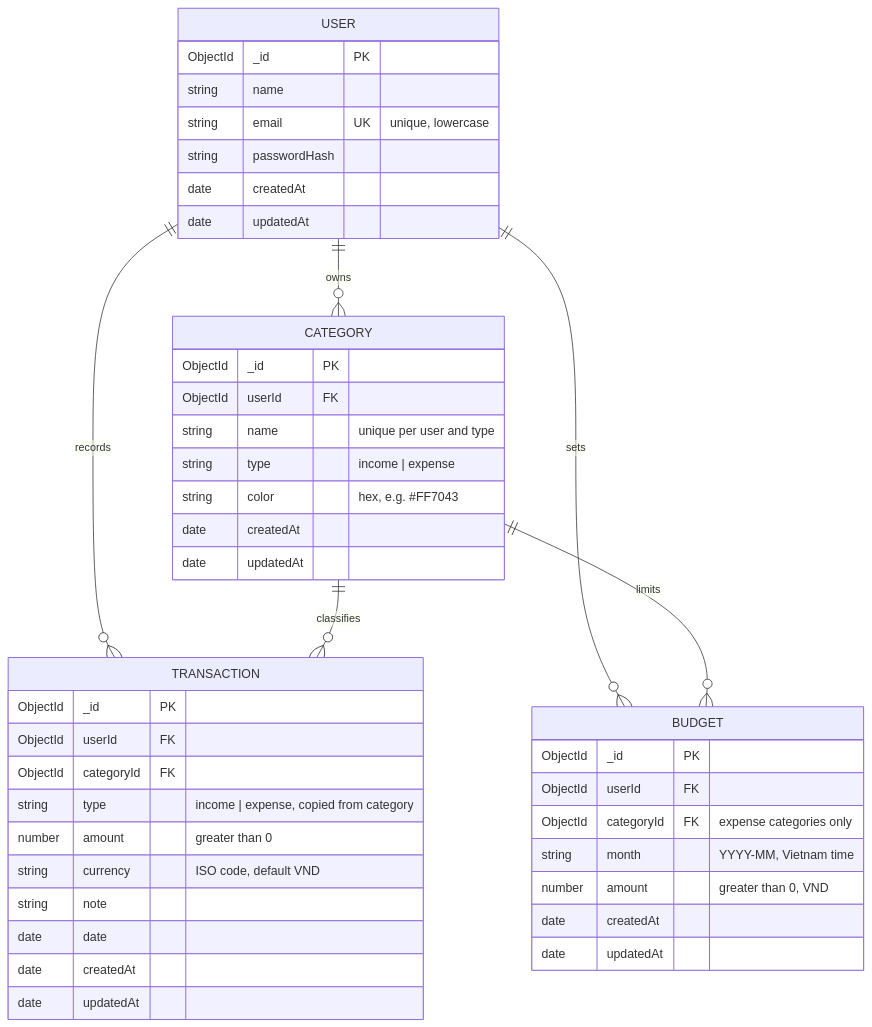
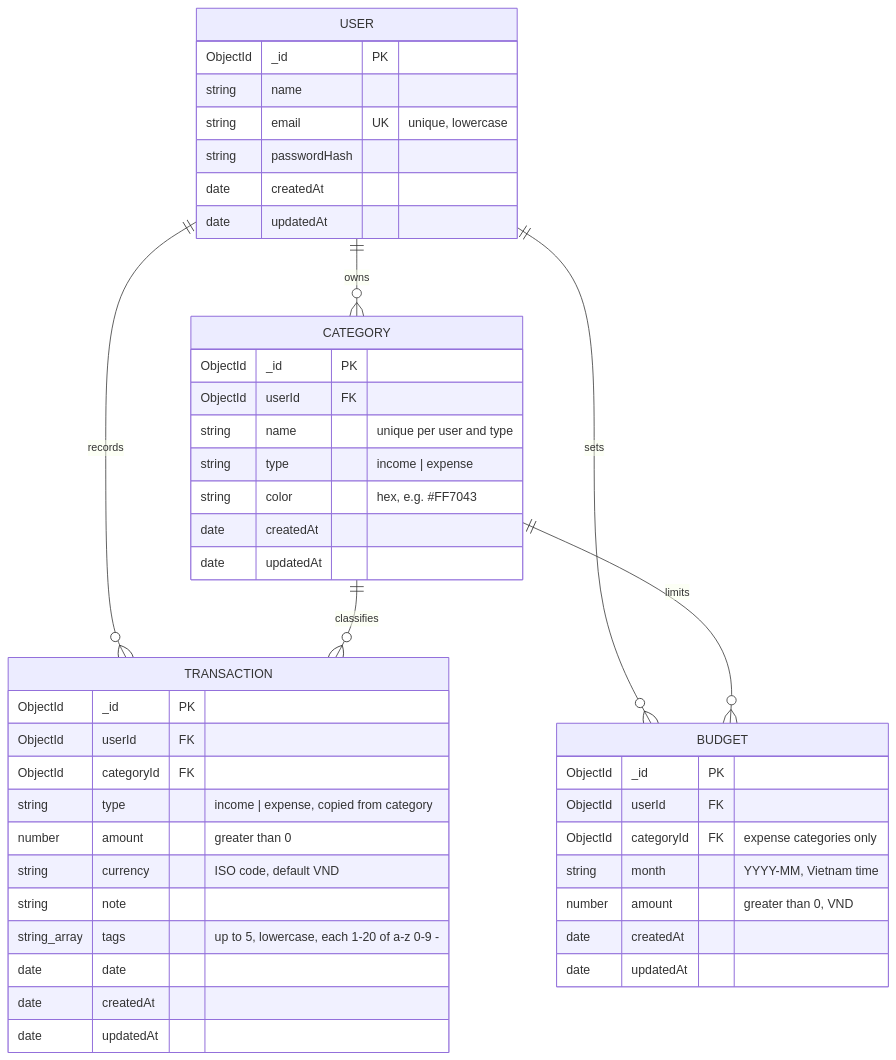
Before and after one commit to minhtriqn05/ledgerling: the diagram in docs/erd.md, drawn with Mermaid. The commit also changed other lines of this file and 37 other files, not shown here.

````diff
--- a/docs/erd.md
+++ b/docs/erd.md
@@ -5,50 +5,51 @@
 ```mermaid
 erDiagram
     USER ||--o{ CATEGORY : owns
     USER ||--o{ TRANSACTION : records
     CATEGORY ||--o{ TRANSACTION : classifies
     USER ||--o{ BUDGET : sets
     CATEGORY ||--o{ BUDGET : limits
 
     USER {
         ObjectId _id PK
         string name
         string email UK "unique, lowercase"
         string passwordHash
         date createdAt
         date updatedAt
     }
 
     CATEGORY {
         ObjectId _id PK
         ObjectId userId FK
         string name "unique per user and type"
         string type "income | expense"
         string color "hex, e.g. #FF7043"
         date createdAt
         date updatedAt
     }
 
     TRANSACTION {
         ObjectId _id PK
         ObjectId userId FK
         ObjectId categoryId FK
         string type "income | expense, copied from category"
         number amount "greater than 0"
         string currency "ISO code, default VND"
         string note
+        string_array tags "up to 5, lowercase, each 1-20 of a-z 0-9 -"
         date date
         date createdAt
         date updatedAt
     }
 
     BUDGET {
         ObjectId _id PK
         ObjectId userId FK
         ObjectId categoryId FK "expense categories only"
         string month "YYYY-MM, Vietnam time"
         number amount "greater than 0, VND"
         date createdAt
         date updatedAt
     }
 ```
````
